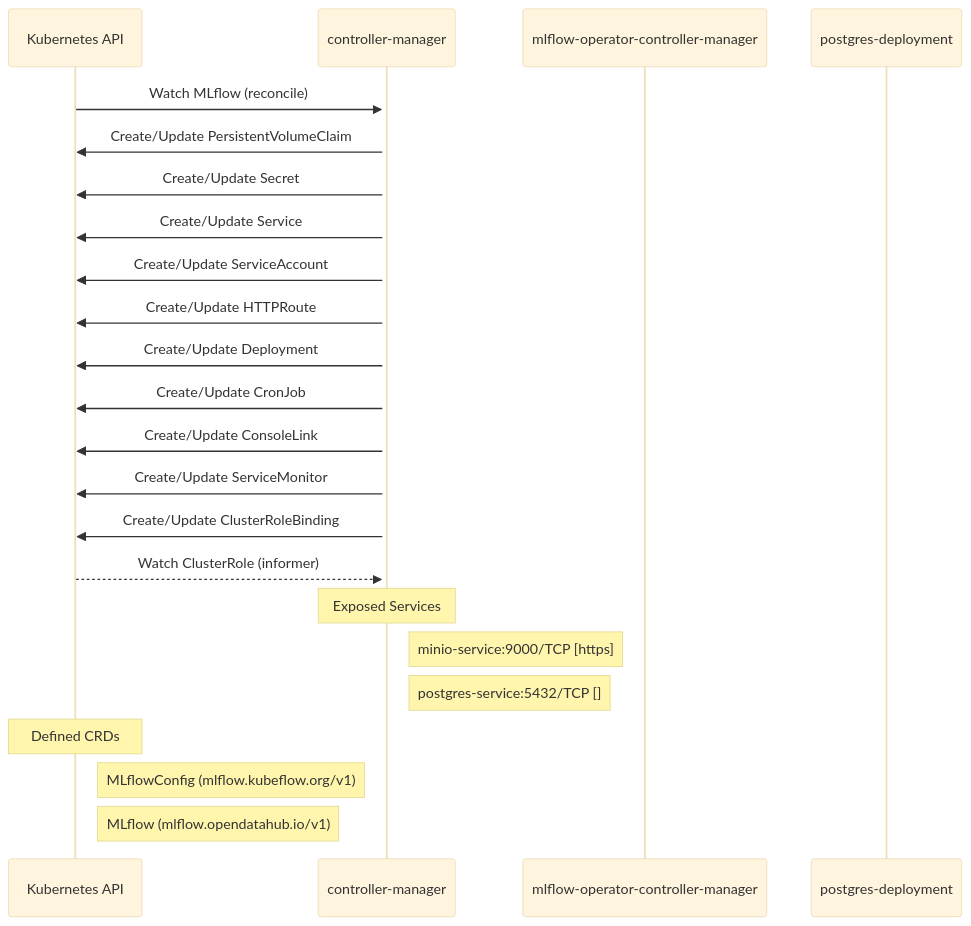
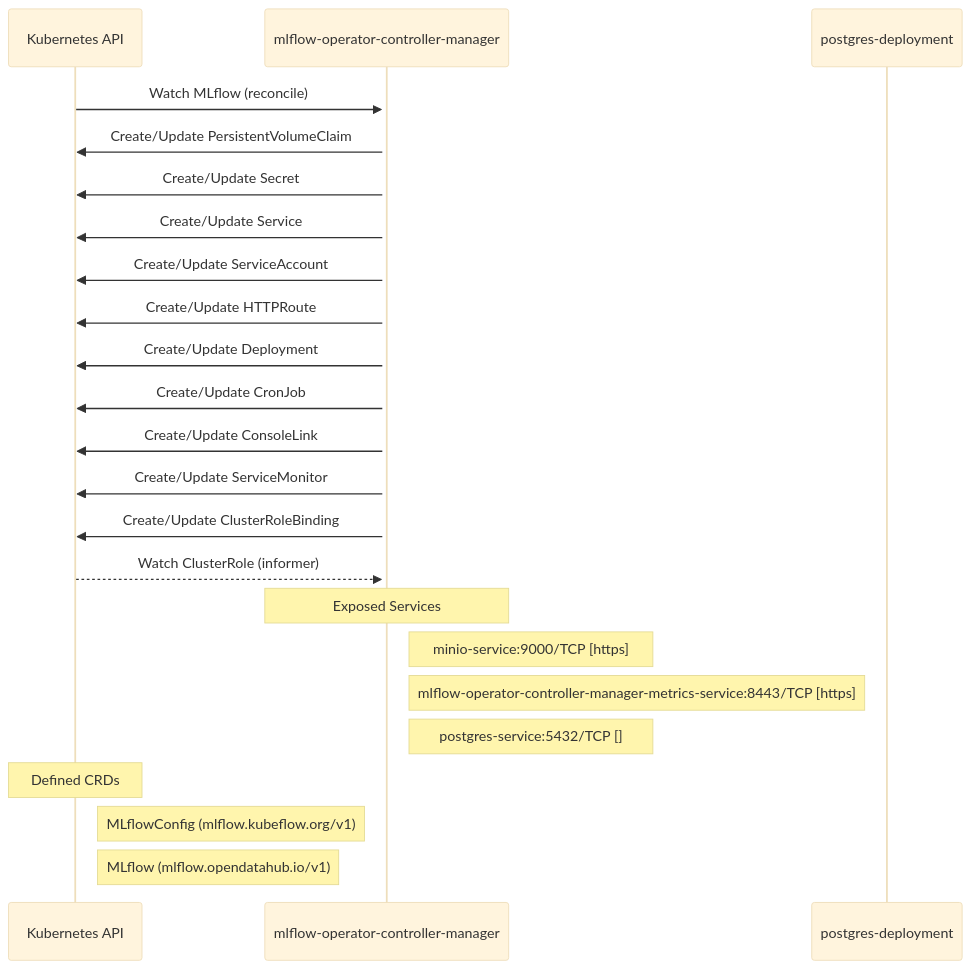
One commit to ugiordan/architecture-analyzer changed the diagram in site/docs/odh-platform/components/mlflow_operator/dataflow.md. Above: the diagram before and after it, drawn with Mermaid (base theme). The commit also changed 299 other files, not shown here.

````diff
--- a/site/docs/odh-platform/components/mlflow_operator/dataflow.md
+++ b/site/docs/odh-platform/components/mlflow_operator/dataflow.md
@@ -26,30 +26,30 @@
 ```mermaid
 sequenceDiagram
     %% Static dataflow for mlflow-operator
 
     participant KubernetesAPI as Kubernetes API
-    participant controller_manager as controller-manager
     participant mlflow_operator_controller_manager as mlflow-operator-controller-manager
     participant postgres_deployment as postgres-deployment
 
-    KubernetesAPI->>+controller_manager: Watch MLflow (reconcile)
-    controller_manager->>KubernetesAPI: Create/Update PersistentVolumeClaim
-    controller_manager->>KubernetesAPI: Create/Update Secret
-    controller_manager->>KubernetesAPI: Create/Update Service
-    controller_manager->>KubernetesAPI: Create/Update ServiceAccount
-    controller_manager->>KubernetesAPI: Create/Update HTTPRoute
-    controller_manager->>KubernetesAPI: Create/Update Deployment
-    controller_manager->>KubernetesAPI: Create/Update CronJob
-    controller_manager->>KubernetesAPI: Create/Update ConsoleLink
-    controller_manager->>KubernetesAPI: Create/Update ServiceMonitor
-    controller_manager->>KubernetesAPI: Create/Update ClusterRoleBinding
-    KubernetesAPI-->>+controller_manager: Watch ClusterRole (informer)
+    KubernetesAPI->>+mlflow_operator_controller_manager: Watch MLflow (reconcile)
+    mlflow_operator_controller_manager->>KubernetesAPI: Create/Update PersistentVolumeClaim
+    mlflow_operator_controller_manager->>KubernetesAPI: Create/Update Secret
+    mlflow_operator_controller_manager->>KubernetesAPI: Create/Update Service
+    mlflow_operator_controller_manager->>KubernetesAPI: Create/Update ServiceAccount
+    mlflow_operator_controller_manager->>KubernetesAPI: Create/Update HTTPRoute
+    mlflow_operator_controller_manager->>KubernetesAPI: Create/Update Deployment
+    mlflow_operator_controller_manager->>KubernetesAPI: Create/Update CronJob
+    mlflow_operator_controller_manager->>KubernetesAPI: Create/Update ConsoleLink
+    mlflow_operator_controller_manager->>KubernetesAPI: Create/Update ServiceMonitor
+    mlflow_operator_controller_manager->>KubernetesAPI: Create/Update ClusterRoleBinding
+    KubernetesAPI-->>+mlflow_operator_controller_manager: Watch ClusterRole (informer)
 
-    Note over controller_manager: Exposed Services
-    Note right of controller_manager: minio-service:9000/TCP [https]
-    Note right of controller_manager: postgres-service:5432/TCP []
+    Note over mlflow_operator_controller_manager: Exposed Services
+    Note right of mlflow_operator_controller_manager: minio-service:9000/TCP [https]
+    Note right of mlflow_operator_controller_manager: mlflow-operator-controller-manager-metrics-service:8443/TCP [https]
+    Note right of mlflow_operator_controller_manager: postgres-service:5432/TCP []
 
     Note over KubernetesAPI: Defined CRDs
     Note right of KubernetesAPI: MLflowConfig (mlflow.kubeflow.org/v1)
     Note right of KubernetesAPI: MLflow (mlflow.opendatahub.io/v1)
 ```
````
